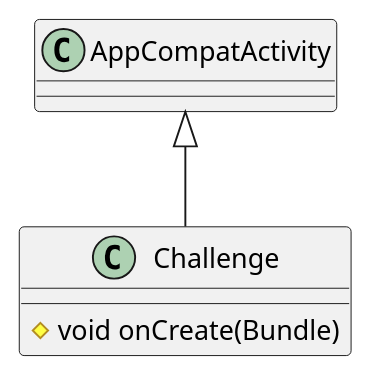
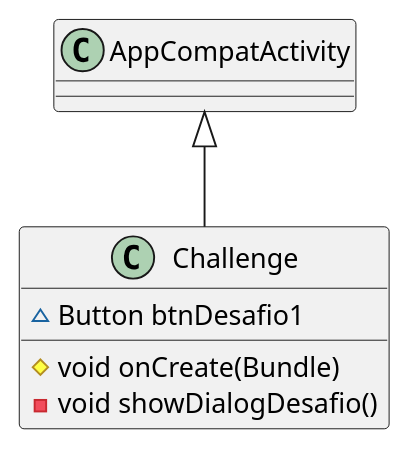
Before and after one commit to hyancy/eco_recicla_grupo_7: the diagram in UML/ui/Challenge.puml, drawn with PlantUML. The commit also changed 2 other files, not shown here.

Commit message:
se agrega directorio para los UML con formato PlantUML

```diff
--- a/UML/ui/Challenge.puml
+++ b/UML/ui/Challenge.puml
@@ -1,8 +1,10 @@
 @startuml
 class Challenge {
+~ Button btnDesafio1
 # void onCreate(Bundle)
+- void showDialogDesafio()
 }
 
 
 AppCompatActivity <|-- Challenge
 @enduml
```
